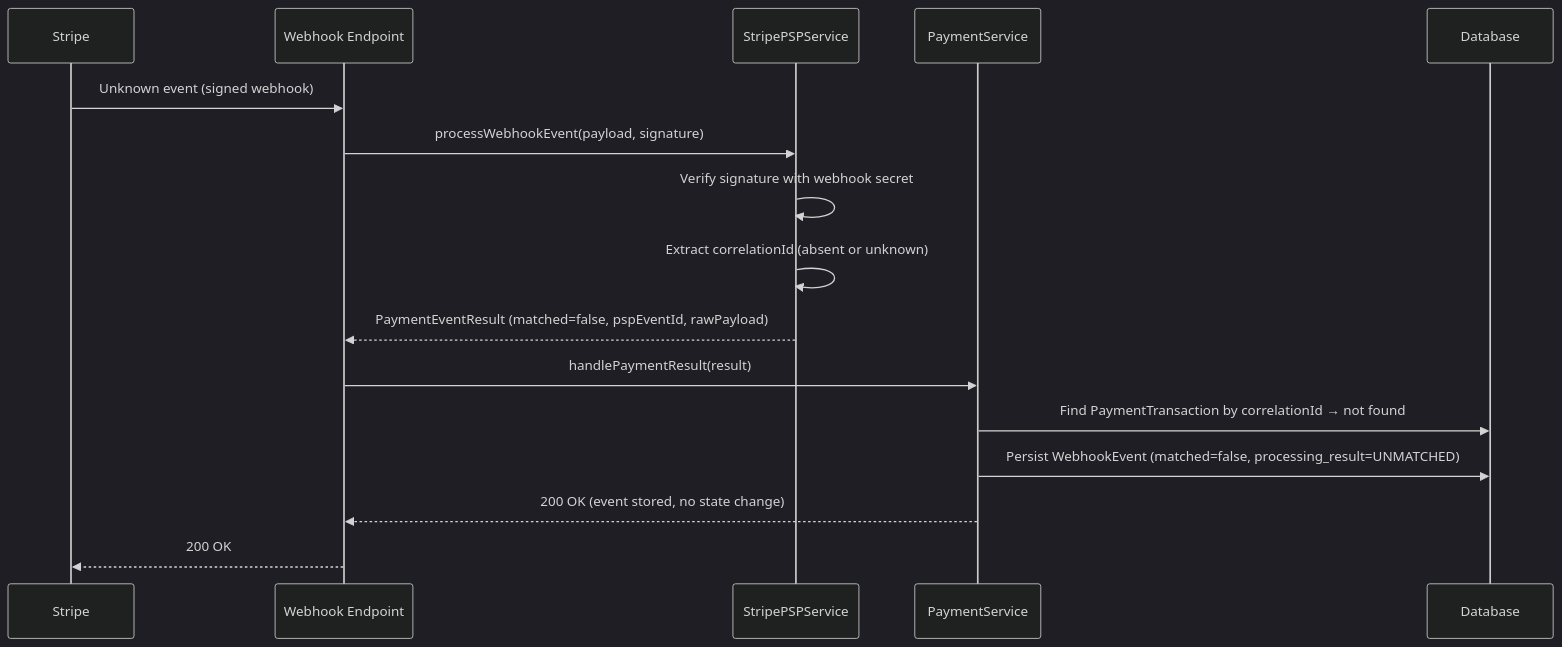
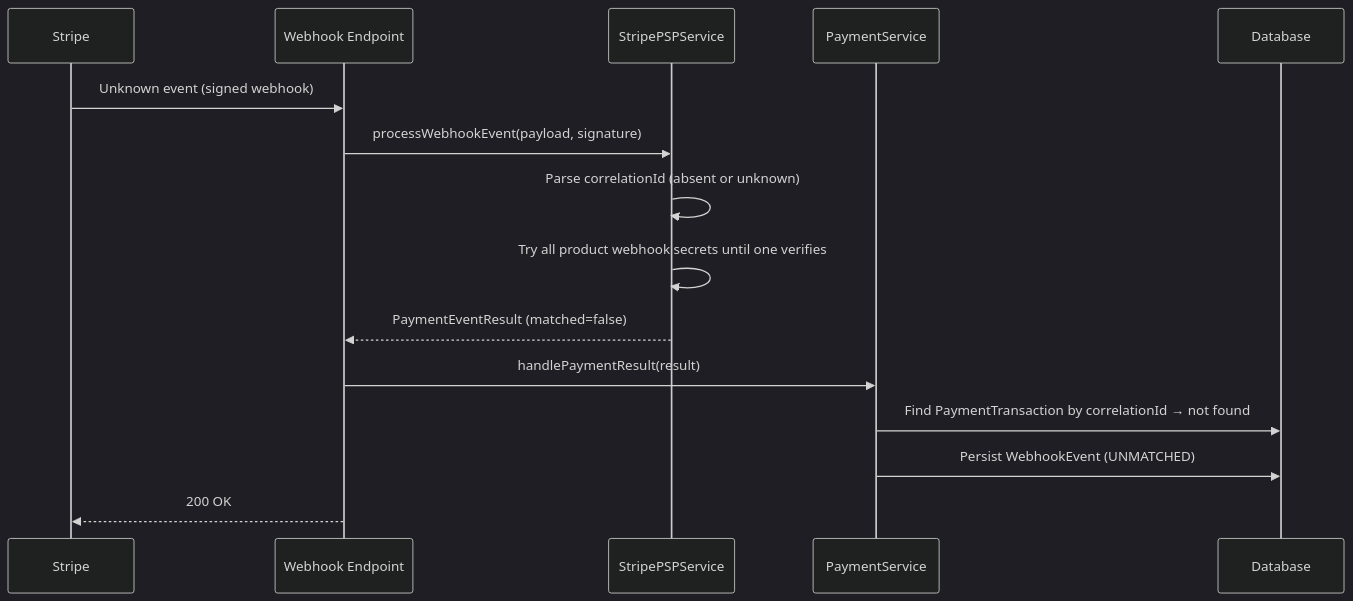
The fifth of 6 diagrams in docs/DESIGN_OF_PAYMENT.md (abstratium-dev/abstrapact), drawn with Mermaid (dark theme) before and after one commit. The commit also changed other lines of this file and 1 other file, not shown here.

Commit message:
getting read to implement payment

````diff
--- a/docs/DESIGN_OF_PAYMENT.md
+++ b/docs/DESIGN_OF_PAYMENT.md
@@ -857,19 +669,18 @@
 ```mermaid
 sequenceDiagram
     participant Stripe
     participant WH as Webhook Endpoint
     participant PSP as StripePSPService
     participant PS as PaymentService
     participant DB as Database
 
     Stripe->>WH: Unknown event (signed webhook)
     WH->>PSP: processWebhookEvent(payload, signature)
-    PSP->>PSP: Verify signature with webhook secret
-    PSP->>PSP: Extract correlationId (absent or unknown)
-    PSP-->>WH: PaymentEventResult (matched=false, pspEventId, rawPayload)
+    PSP->>PSP: Parse correlationId (absent or unknown)
+    PSP->>PSP: Try all product webhook secrets until one verifies
+    PSP-->>WH: PaymentEventResult (matched=false)
     WH->>PS: handlePaymentResult(result)
     PS->>DB: Find PaymentTransaction by correlationId → not found
-    PS->>DB: Persist WebhookEvent (matched=false, processing_result=UNMATCHED)
-    PS-->>WH: 200 OK (event stored, no state change)
+    PS->>DB: Persist WebhookEvent (UNMATCHED)
     WH-->>Stripe: 200 OK
 ```
````
